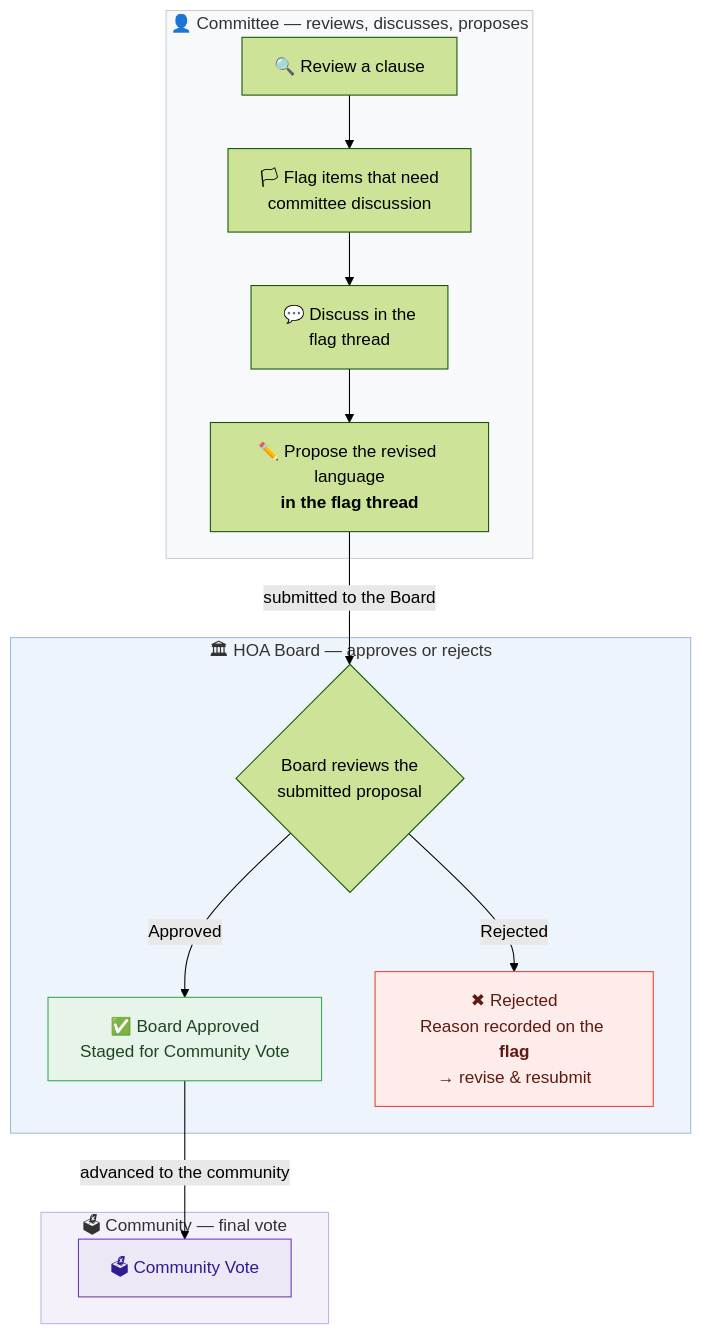
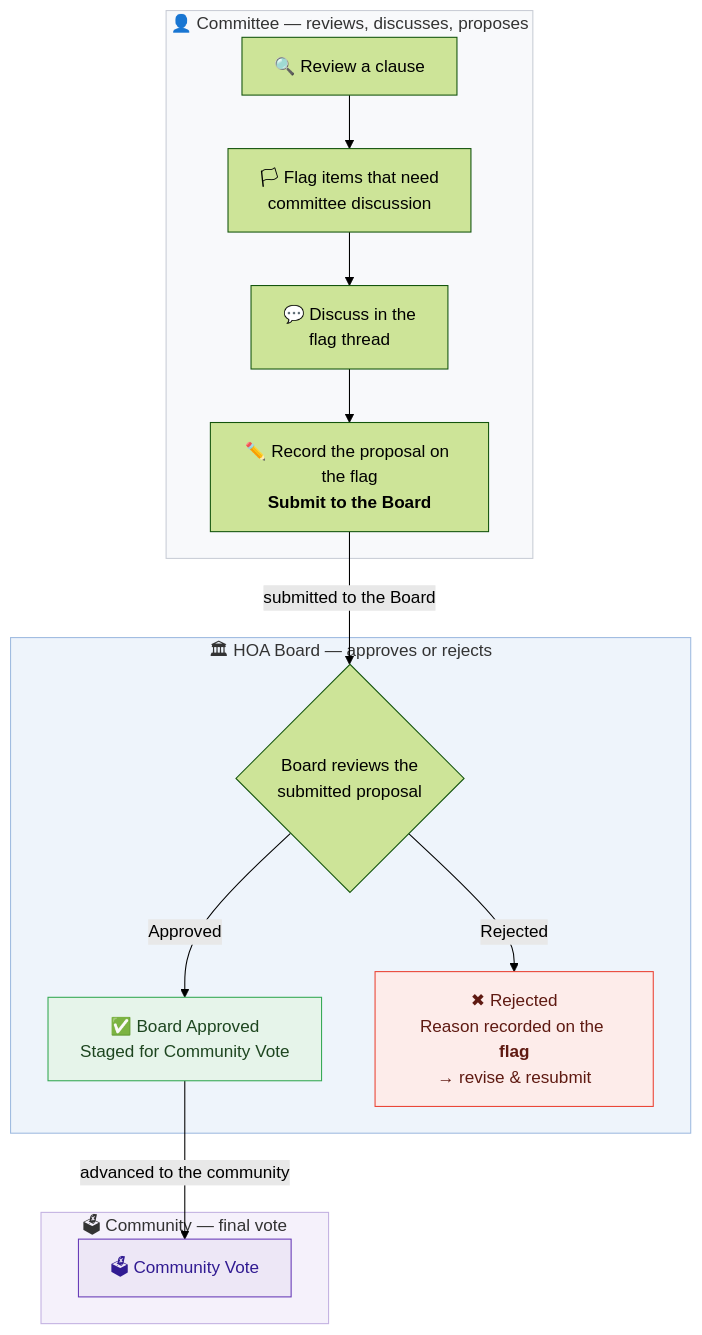
The diagram in MEMBER_WORKFLOW.md (tmasters2876/hoa-backend), drawn with Mermaid (forest theme) before and after one commit. The commit also changed other lines of this file and 15 other files, not shown here.

First line of the commit message:
Board review loop: proposal panel, Submit/Recall, Board Decisions page

````diff
--- a/MEMBER_WORKFLOW.md
+++ b/MEMBER_WORKFLOW.md
@@ -11,28 +11,28 @@
 ```mermaid
 flowchart TD
     subgraph COMMITTEE["👤 Committee — reviews, discusses, proposes"]
         A["🔍 Review a clause"] --> C["🏳 Flag items that need<br/>committee discussion"]
         C --> D["💬 Discuss in the<br/>flag thread"]
-        D --> E["✏️ Propose the revised language<br/><b>in the flag thread</b>"]
+        D --> E["✏️ Record the proposal on the flag<br/><b>Submit to the Board</b>"]
     end
 
     subgraph BOARD["🏛 HOA Board — approves or rejects"]
         F{"Board reviews the<br/>submitted proposal"}
         F -->|Approved| G["✅ Board Approved<br/>Staged for Community Vote"]
         F -->|Rejected| R["✖ Rejected<br/>Reason recorded on the <b>flag</b><br/>→ revise &amp; resubmit"]
     end
 
     subgraph COMMUNITY["🗳 Community — final vote"]
         V["🗳 Community Vote"]
     end
 
     E -->|"submitted to the Board"| F
     G -->|"advanced to the community"| V
 
     style G fill:#e6f4ea,stroke:#34a853,color:#1e4620
     style R fill:#fdecea,stroke:#ea4335,color:#5f1a12
     style V fill:#ede7f6,stroke:#673ab7,color:#311b92
     style COMMITTEE fill:#f8f9fb,stroke:#c9cdd6
     style BOARD fill:#eef4fb,stroke:#9fbbe0
     style COMMUNITY fill:#f5f1fb,stroke:#c3b1e1
 ```
````
